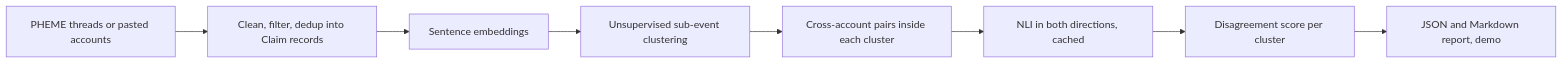
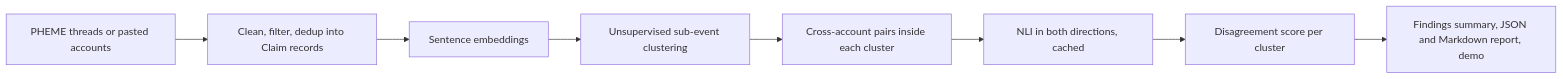
Before and after one commit to deus0301/Witness_Inconsistency_Detector: the diagram in reports/REPORT.md, drawn with Mermaid. The commit also changed other lines of this file and 46 other files, not shown here.

````diff
--- a/reports/REPORT.md
+++ b/reports/REPORT.md
@@ -123,10 +141,10 @@
 ```mermaid
 flowchart LR
     A[PHEME threads or pasted accounts] --> B[Clean, filter, dedup into Claim records]
     B --> C[Sentence embeddings]
     C --> D[Unsupervised sub-event clustering]
     D --> E[Cross-account pairs inside each cluster]
     E --> F[NLI in both directions, cached]
     F --> G[Disagreement score per cluster]
-    G --> H[JSON and Markdown report, demo]
+    G --> H[Findings summary, JSON and Markdown report, demo]
 ```
````
